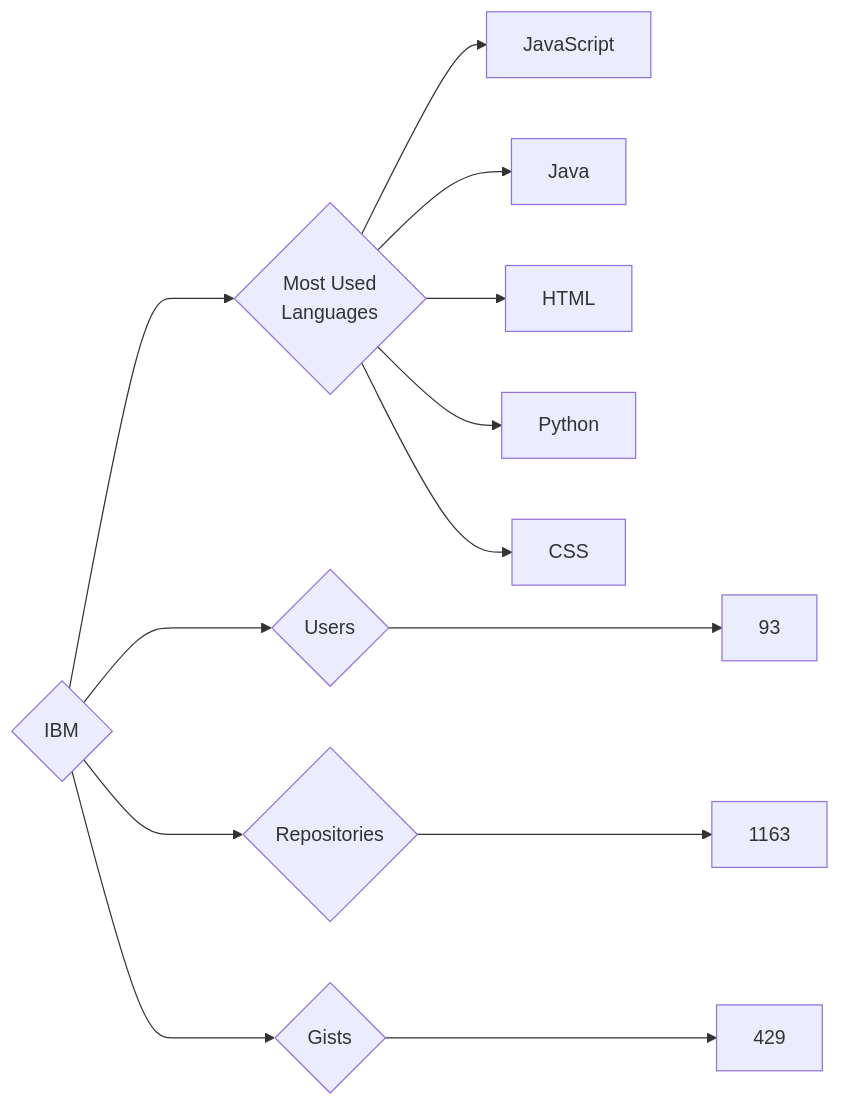
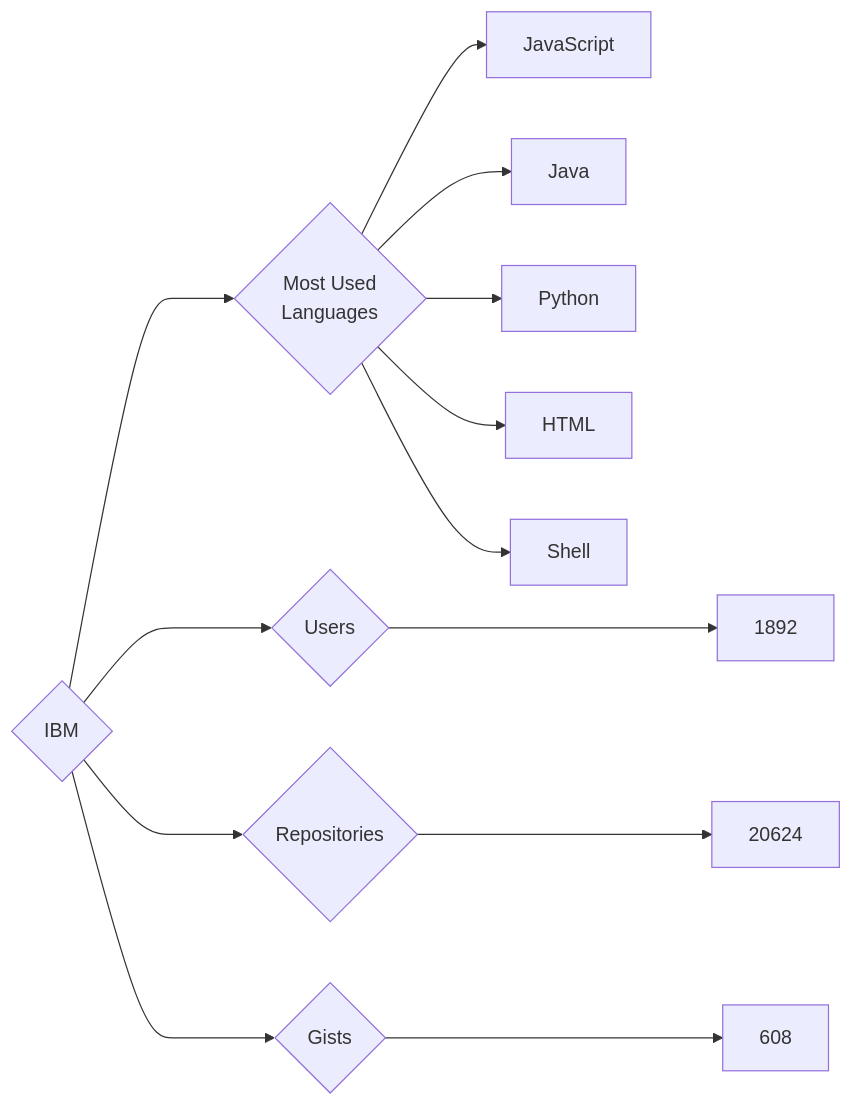
One commit to trickest/insiders changed the diagram in targets/IBM/README.md. Above: the diagram before and after it, drawn with Mermaid. The commit also changed 676 other files, not shown here.

````diff
--- a/targets/IBM/README.md
+++ b/targets/IBM/README.md
@@ -3,13 +3,13 @@
 ```mermaid
 graph LR
 COMPANY_NAME{IBM}
-COMPANY_NAME ---> U{Users} ---> UN[93]
-COMPANY_NAME ---> R{Repositories} ---> RN[1163]
-COMPANY_NAME ---> G{Gists} ---> GN[429]
+COMPANY_NAME ---> U{Users} ---> UN[1892]
+COMPANY_NAME ---> R{Repositories} ---> RN[20624]
+COMPANY_NAME ---> G{Gists} ---> GN[608]
 COMPANY_NAME ---> ML{Most Used<br>Languages}
 ML --> JavaScript[JavaScript]
 ML --> Java[Java]
+ML --> Python[Python]
 ML --> HTML[HTML]
-ML --> Python[Python]
-ML --> CSS[CSS]
+ML --> Shell[Shell]
 ```
````
